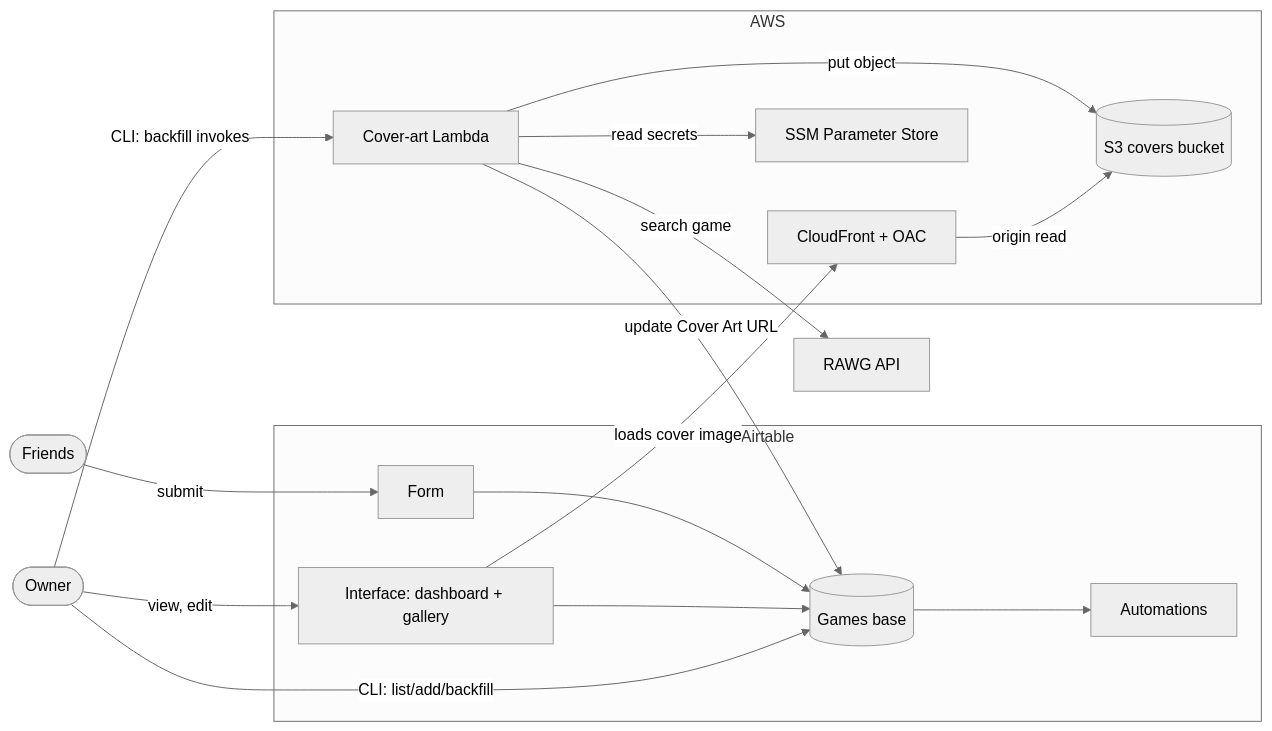
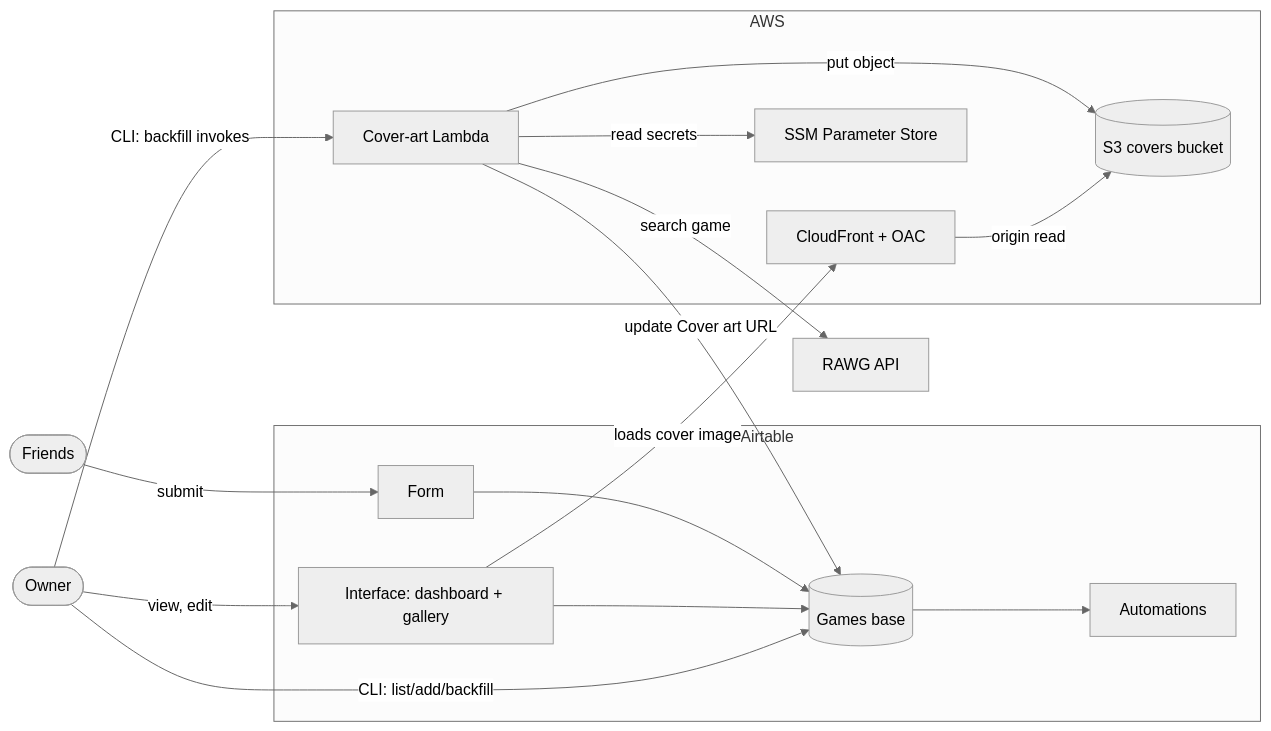
The first of 4 diagrams in game-collection-tracker/docs/architecture.md (gratiosoft/learning-projects), drawn with Mermaid (neutral theme) before and after one commit. The commit also changed other lines of this file and 19 other files, not shown here.

Commit message:
fix(game-collection-tracker): match real airtable schema and tighten rawg matching

````diff
--- a/game-collection-tracker/docs/architecture.md
+++ b/game-collection-tracker/docs/architecture.md
@@ -7,30 +7,30 @@
 ```mermaid
 flowchart LR
     owner([Owner])
     friends([Friends])
     subgraph Airtable
       base[(Games base)]
       form[Form]
       iface[Interface: dashboard + gallery]
       auto[Automations]
     end
     subgraph AWS
       lambda[Cover-art Lambda]
       s3[(S3 covers bucket)]
       cf[CloudFront + OAC]
       ssm[SSM Parameter Store]
     end
     rawg[RAWG API]
 
     friends -->|submit| form --> base
     owner -->|view, edit| iface --> base
     base --> auto
     owner -->|CLI: list/add/backfill| base
     owner -->|CLI: backfill invokes| lambda
     lambda -->|read secrets| ssm
     lambda -->|search game| rawg
     lambda -->|put object| s3
-    lambda -->|update Cover Art URL| base
+    lambda -->|update Cover art URL| base
     cf -->|origin read| s3
     iface -->|loads cover image| cf
 ```
````
